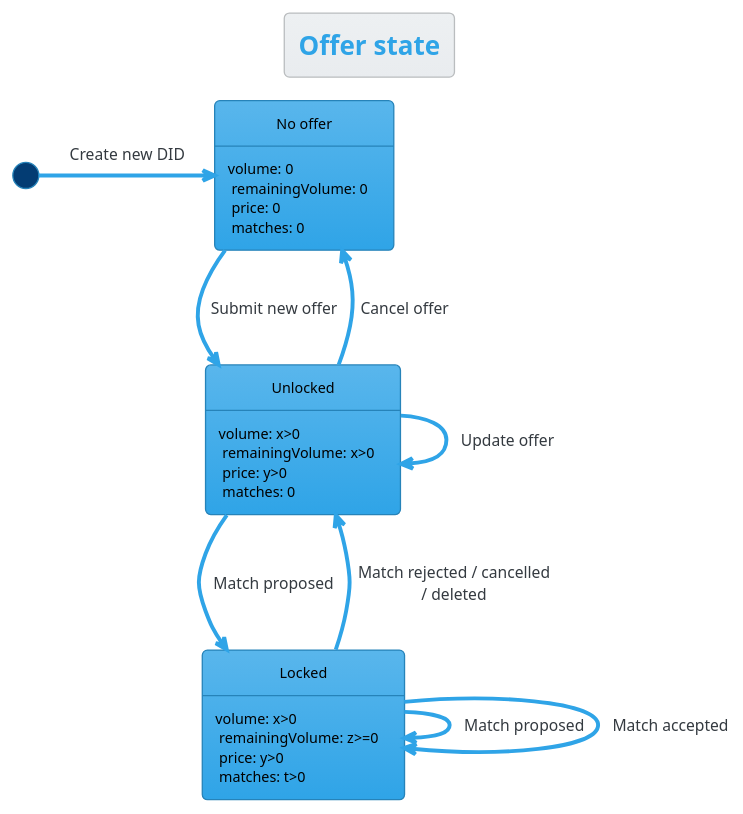
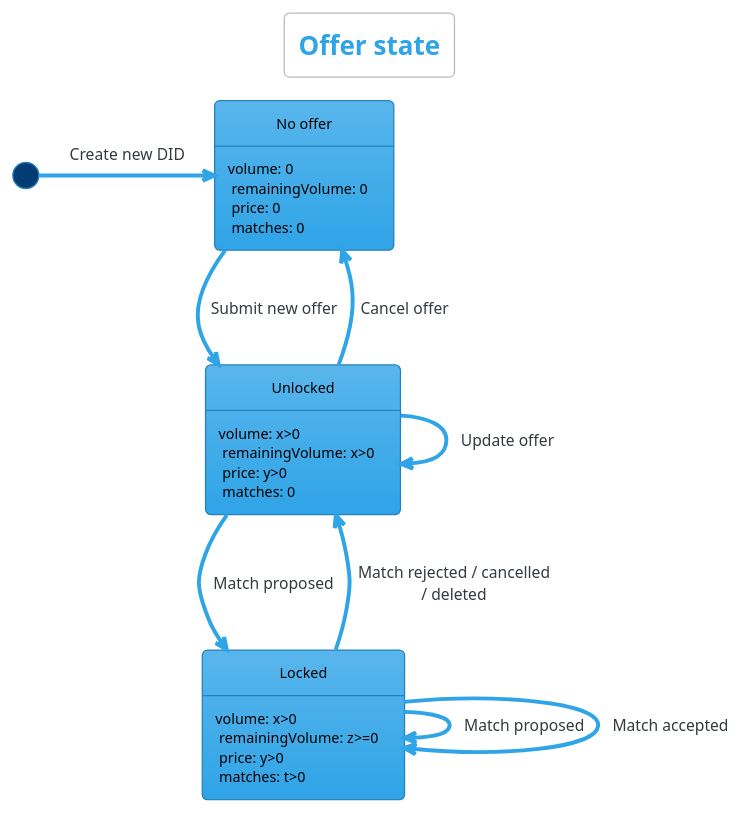
The diagram in docs/diagrams/offer-state.puml (TendTo/EW-showcase), drawn with PlantUML before and after one commit. The commit also changed 6 other files, not shown here.

```diff
--- a/docs/diagrams/offer-state.puml
+++ b/docs/diagrams/offer-state.puml
@@ -1,32 +1,33 @@
 @startuml Offer state
 title Offer state
 !theme cerulean
 
 skinparam maxMessageSize 150
 skinparam defaultTextAlignment center
 skinparam noteTextAlignment left
 skinparam StateFontColor Black
+skinparam backgroundColor White
 
 state "No offer" as no: volume: 0\n \
 remainingVolume: 0\n \
 price: 0\n \
 matches: 0
 state "Unlocked" as un: volume: x>0\n \
 remainingVolume: x>0\n \
 price: y>0\n \
 matches: 0
 state "Locked" as lo: volume: x>0\n \
 remainingVolume: z>=0\n \
 price: y>0\n \
 matches: t>0
 
 [*] -> no: Create new DID
 no --> un: Submit new offer
 un --> un: Update offer
 un --> no: Cancel offer
 un --> lo: Match proposed
 lo --> lo: Match proposed
 lo --> lo: Match accepted
 lo --> un: Match rejected / cancelled / deleted
 
 @enduml
```
